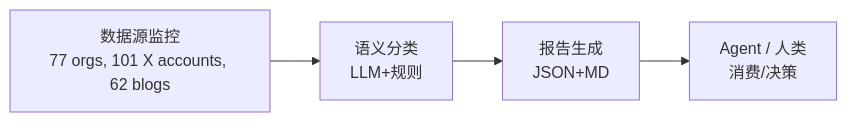
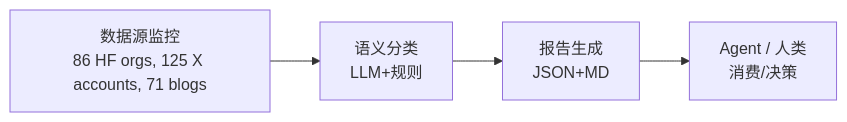
Before and after one commit to liuxiaotong/ai-dataset-radar: the first of 3 diagrams in README.md, drawn with Mermaid. The commit also changed other lines of this file and 2 other files, not shown here.

First line of the commit message:
feat: 监控源大扩展 — HF 86 orgs, GitHub 50 orgs, arXiv +cs.CV/RO, X 125 账户, 博客 71 源

````diff
--- a/README.md
+++ b/README.md
@@ -33,6 +33,6 @@
 ```mermaid
 graph LR
-    A["数据源监控<br/>77 orgs, 101 X accounts, 62 blogs"] --> B["语义分类<br/>LLM+规则"]
+    A["数据源监控<br/>86 HF orgs, 125 X accounts, 71 blogs"] --> B["语义分类<br/>LLM+规则"]
     B --> C["报告生成<br/>JSON+MD"]
     C --> D["Agent / 人类<br/>消费/决策"]
 ```
````
